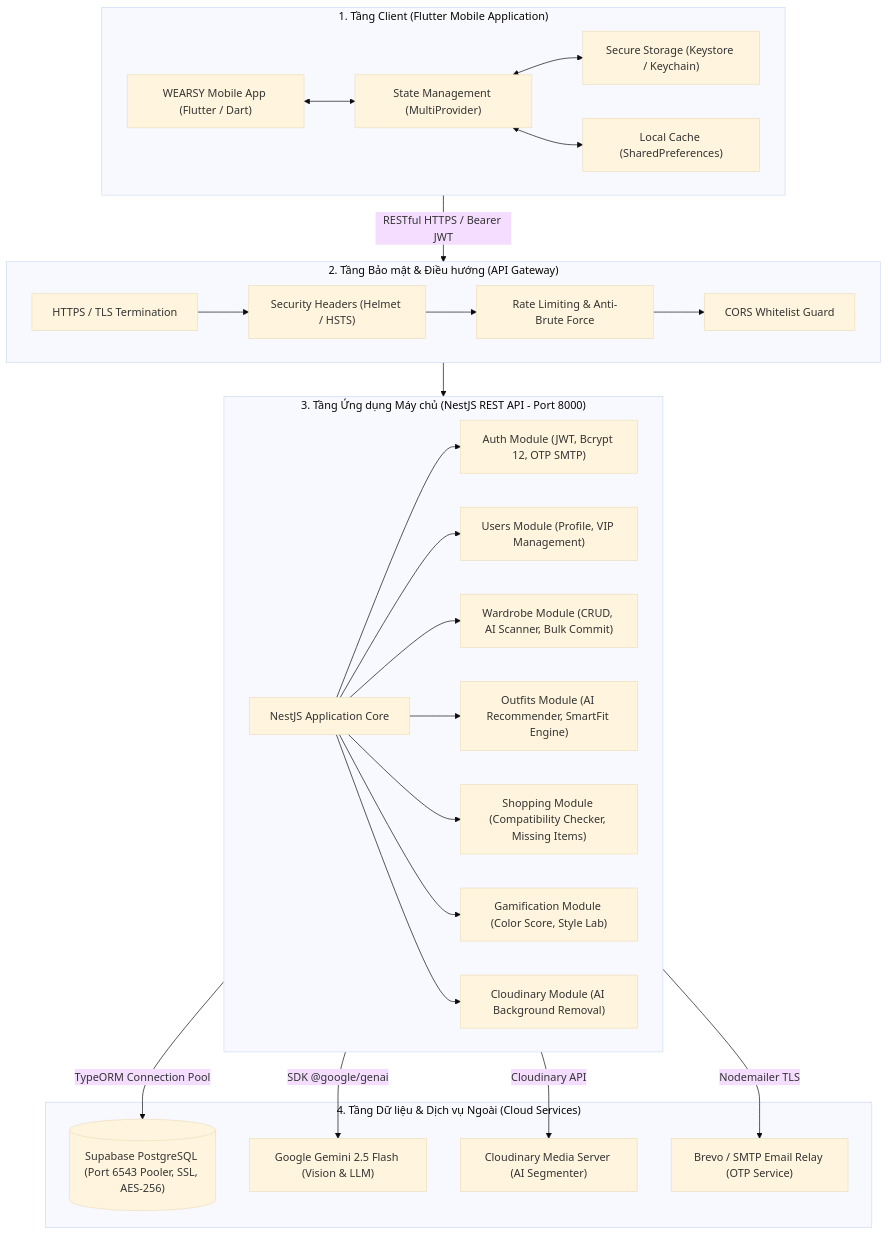
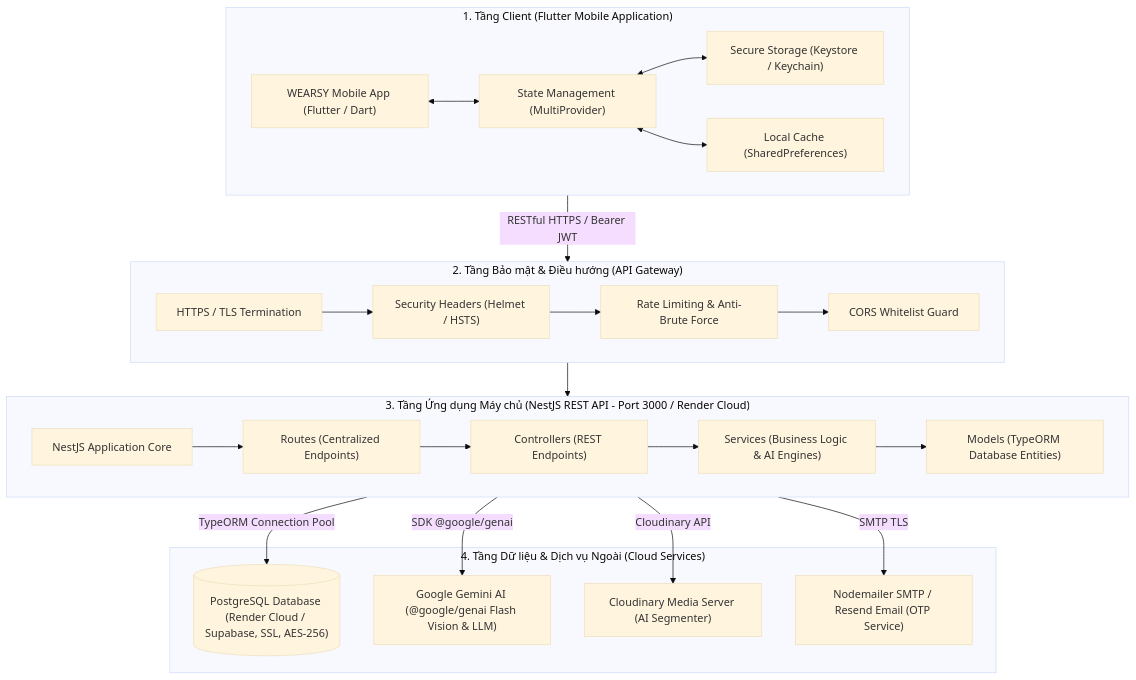
The first of 5 diagrams in docs/TECHNICAL_DOCUMENTATION.md (Vinhan05/Wearsy), drawn with Mermaid (base theme) before and after one commit. The commit also changed other lines of this file and 11 other files, not shown here.

````diff
--- a/docs/TECHNICAL_DOCUMENTATION.md
+++ b/docs/TECHNICAL_DOCUMENTATION.md
@@ -35,55 +35,49 @@
 ```mermaid
 flowchart TD
     subgraph ClientLayer ["1. Tầng Client (Flutter Mobile Application)"]
         MobileApp["WEARSY Mobile App (Flutter / Dart)"]
         StateMgmt["State Management (MultiProvider)"]
         SecureStorage["Secure Storage (Keystore / Keychain)"]
         LocalCache["Local Cache (SharedPreferences)"]
         
         MobileApp <--> StateMgmt
         StateMgmt <--> SecureStorage
         StateMgmt <--> LocalCache
     end
 
     subgraph GatewayLayer ["2. Tầng Bảo mật & Điều hướng (API Gateway)"]
         ReverseProxy["HTTPS / TLS Termination"]
         Helmet["Security Headers (Helmet / HSTS)"]
         Throttler["Rate Limiting & Anti-Brute Force"]
         Cors["CORS Whitelist Guard"]
         
         ReverseProxy --> Helmet --> Throttler --> Cors
     end
 
-    subgraph ServerLayer ["3. Tầng Ứng dụng Máy chủ (NestJS REST API - Port 8000)"]
+    subgraph ServerLayer ["3. Tầng Ứng dụng Máy chủ (NestJS REST API - Port 3000 / Render Cloud)"]
         NestCore["NestJS Application Core"]
-        AuthMod["Auth Module (JWT, Bcrypt 12, OTP SMTP)"]
-        UsersMod["Users Module (Profile, VIP Management)"]
-        WardrobeMod["Wardrobe Module (CRUD, AI Scanner, Bulk Commit)"]
-        OutfitMod["Outfits Module (AI Recommender, SmartFit Engine)"]
-        ShoppingMod["Shopping Module (Compatibility Checker, Missing Items)"]
-        GamificationMod["Gamification Module (Color Score, Style Lab)"]
-        CloudinaryMod["Cloudinary Module (AI Background Removal)"]
+        Controllers["Controllers (REST Endpoints)"]
+        Routes["Routes (Centralized Endpoints)"]
+        Services["Services (Business Logic & AI Engines)"]
+        Models["Models (TypeORM Database Entities)"]
 
-        NestCore --> AuthMod
-        NestCore --> UsersMod
-        NestCore --> WardrobeMod
-        NestCore --> OutfitMod
-        NestCore --> ShoppingMod
-        NestCore --> GamificationMod
-        NestCore --> CloudinaryMod
+        NestCore --> Routes
+        Routes --> Controllers
+        Controllers --> Services
+        Services --> Models
     end
 
     subgraph DataLayer ["4. Tầng Dữ liệu & Dịch vụ Ngoài (Cloud Services)"]
-        PostgresDB[("Supabase PostgreSQL (Port 6543 Pooler, SSL, AES-256)")]
-        GeminiVision["Google Gemini 2.5 Flash (Vision & LLM)"]
+        PostgresDB[("PostgreSQL Database (Render Cloud / Supabase, SSL, AES-256)")]
+        GeminiVision["Google Gemini AI (@google/genai Flash Vision & LLM)"]
         CloudinaryCDN["Cloudinary Media Server (AI Segmenter)"]
-        SMTPRelay["Brevo / SMTP Email Relay (OTP Service)"]
+        SMTPRelay["Nodemailer SMTP / Resend Email (OTP Service)"]
     end
 
     ClientLayer -- "RESTful HTTPS / Bearer JWT" --> GatewayLayer
     GatewayLayer --> ServerLayer
     ServerLayer -- "TypeORM Connection Pool" --> PostgresDB
     ServerLayer -- "SDK @google/genai" --> GeminiVision
     ServerLayer -- "Cloudinary API" --> CloudinaryCDN
-    ServerLayer -- "Nodemailer TLS" --> SMTPRelay
+    ServerLayer -- "SMTP TLS" --> SMTPRelay
 ```
````
